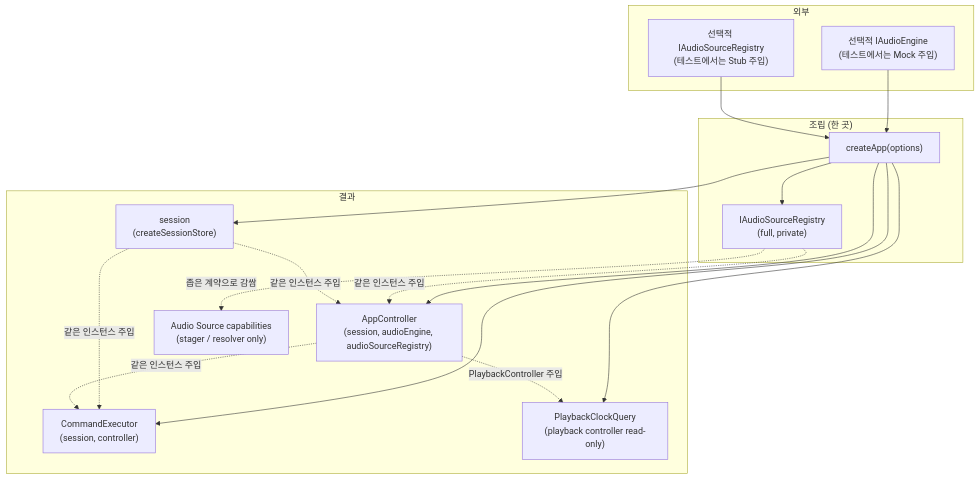
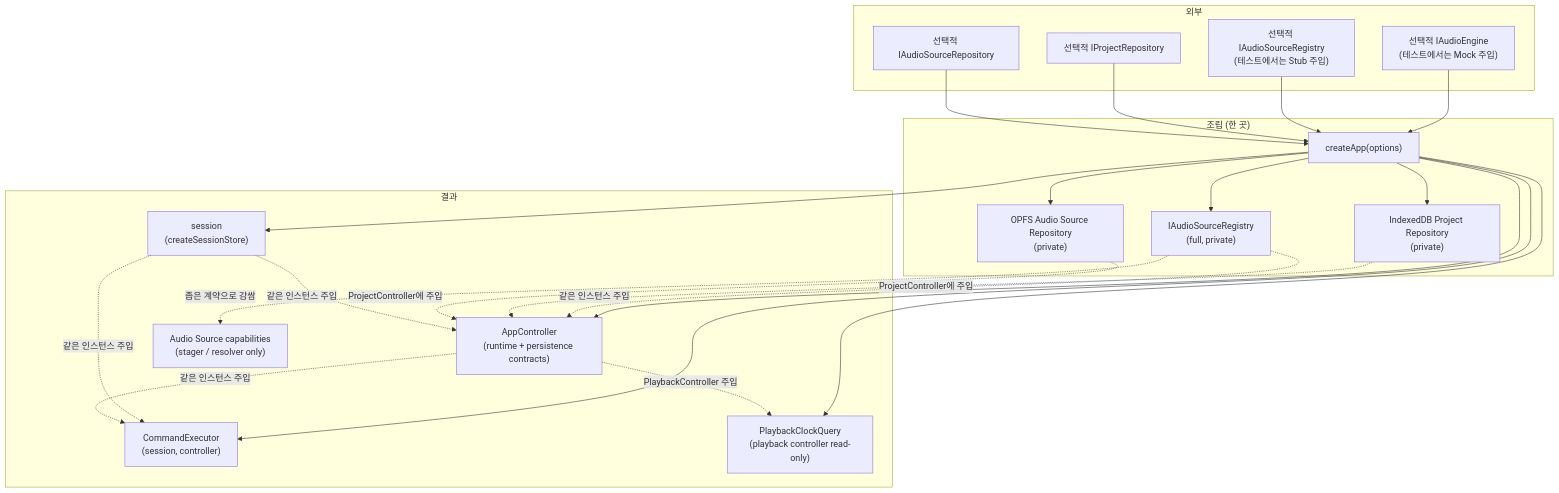
One commit to whizzkid1452/drop-ai changed the third of 4 diagrams in docs/architecture.md. Above: the diagram before and after it, drawn with Mermaid. The commit also changed other lines of this file and 28 other files, not shown here.

````diff
--- a/docs/architecture.md
+++ b/docs/architecture.md
@@ -153,34 +158,44 @@
 ```mermaid
 flowchart TB
     subgraph ext["외부"]
         IN["선택적 IAudioEngine\n(테스트에서는 Mock 주입)"]
         SRIN["선택적 IAudioSourceRegistry\n(테스트에서는 Stub 주입)"]
+        PRIN["선택적 IProjectRepository"]
+        ARIN["선택적 IAudioSourceRepository"]
     end
 
     subgraph asm["조립 (한 곳)"]
         CA["createApp(options)"]
         REG["IAudioSourceRegistry\n(full, private)"]
+        PR["IndexedDB Project Repository\n(private)"]
+        AR["OPFS Audio Source Repository\n(private)"]
     end
 
     subgraph out["결과"]
         SS["session\n(createSessionStore)"]
-        AC["AppController\n(session, audioEngine, audioSourceRegistry)"]
+        AC["AppController\n(runtime + persistence contracts)"]
         CE["CommandExecutor\n(session, controller)"]
         Q["PlaybackClockQuery\n(playback controller read-only)"]
         SR["Audio Source capabilities\n(stager / resolver only)"]
     end
 
     IN --> CA
     SRIN --> CA
+    PRIN --> CA
+    ARIN --> CA
     CA --> REG
+    CA --> PR
+    CA --> AR
     CA --> SS
     CA --> AC
     CA --> CE
     CA --> Q
     REG -.->|"같은 인스턴스 주입"| AC
+    PR -.->|"ProjectController에 주입"| AC
+    AR -.->|"ProjectController에 주입"| AC
     REG -.->|"좁은 계약으로 감쌈"| SR
     SS -.->|"같은 인스턴스 주입"| AC
     SS -.->|"같은 인스턴스 주입"| CE
     AC -.->|"같은 인스턴스 주입"| CE
     AC -.->|"PlaybackController 주입"| Q
 ```
````
